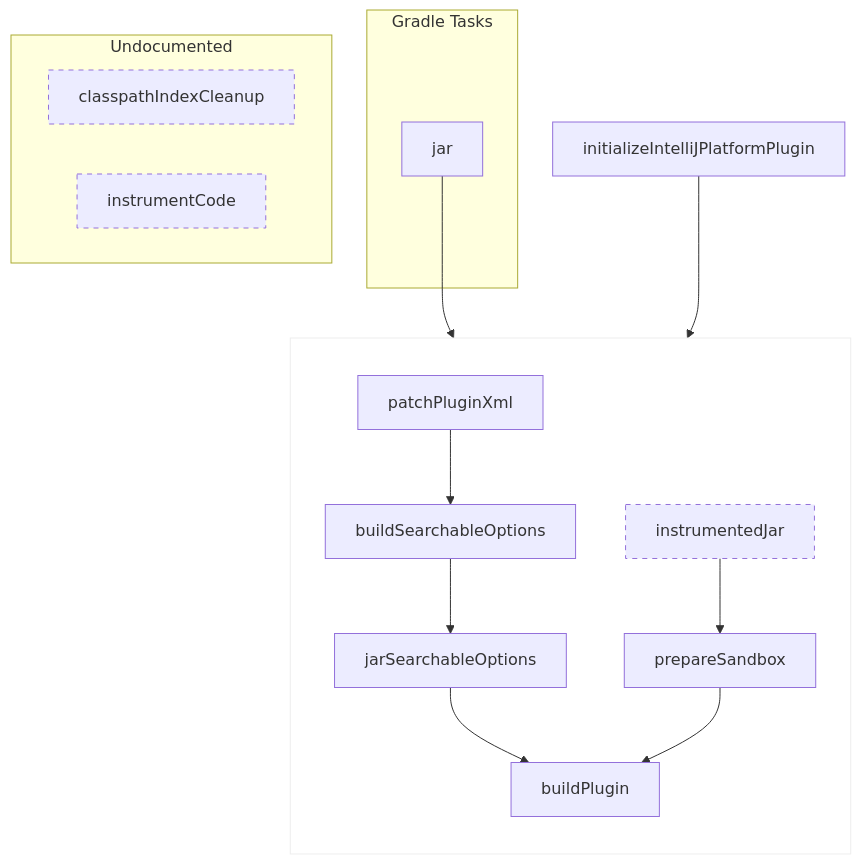
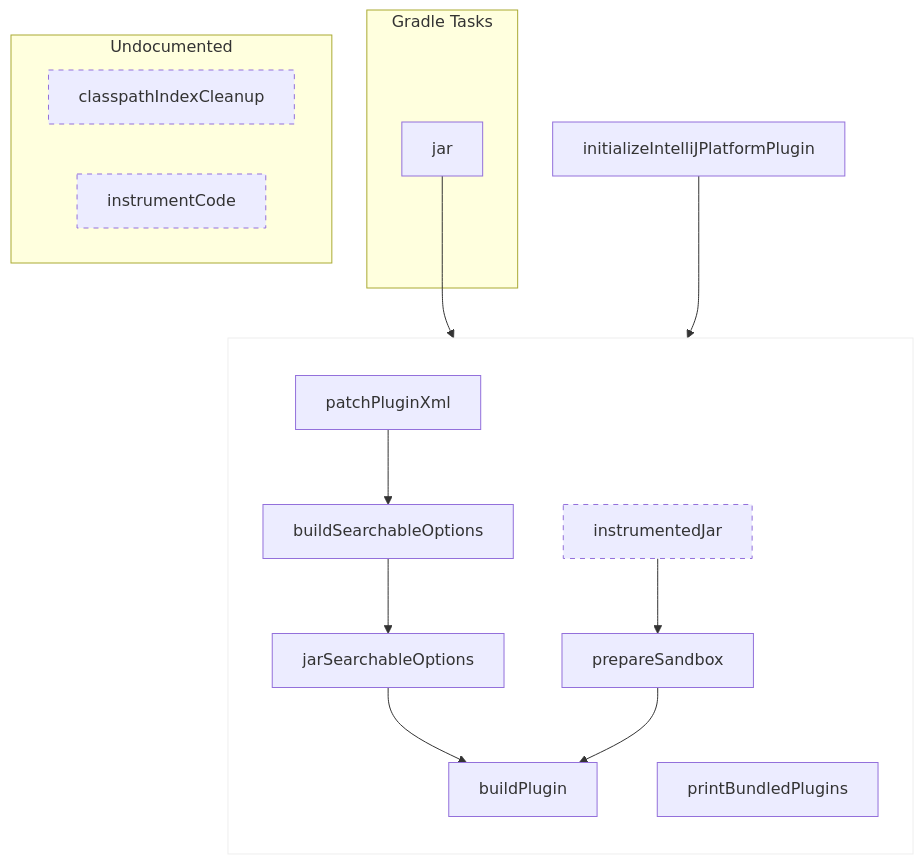
Before and after one commit to JetBrains/intellij-sdk-docs: the diagram in topics/appendix/tools/intellij_platform_gradle_plugin/tools_intellij_platform_gradle_plugin_tasks.md, drawn with Mermaid. The commit also changed other lines of this file, not shown here.

Commit message:
IntelliJ Platform Gradle Plugin: `printBundledPlugins` task

````diff
--- a/topics/appendix/tools/intellij_platform_gradle_plugin/tools_intellij_platform_gradle_plugin_tasks.md
+++ b/topics/appendix/tools/intellij_platform_gradle_plugin/tools_intellij_platform_gradle_plugin_tasks.md
@@ -15,45 +15,47 @@
 ```mermaid
 flowchart
     subgraph Gradle Tasks
         jar
     end
 
     subgraph ALL ["` `"]
         direction TB
 
         buildPlugin
         buildSearchableOptions
         jarSearchableOptions
         patchPluginXml
         prepareSandbox
+        printBundledPlugins
 
         jarSearchableOptions & prepareSandbox --> buildPlugin
         patchPluginXml --> buildSearchableOptions
         buildSearchableOptions --> jarSearchableOptions
         jar & instrumentedJar --> prepareSandbox
     end
 
     initializeIntelliJPlatformPlugin --> ALL
 
     subgraph Undocumented
         classpathIndexCleanup
         instrumentCode
         instrumentedJar
     end
 
     click buildPlugin "#buildPlugin"
     click buildSearchableOptions "#buildSearchableOptions"
     click classpathIndexCleanup "#classpathIndexCleanup"
     click initializeIntelliJPlatformPlugin "#initializeIntelliJPlatformPlugin"
     click instrumentCode "#instrumentCode"
     click instrumentedJar "#instrumentedJar"
     click jarSearchableOptions "#jarSearchableOptions"
     click patchPluginXml "#patchPluginXml"
     click prepareSandbox "#prepareSandbox"
+    click printBundledPlugins "#printBundledPlugins"
 
     style classpathIndexCleanup stroke-dasharray: 5 5
     style instrumentCode stroke-dasharray: 5 5
     style instrumentedJar stroke-dasharray: 5 5
 
     style ALL fill:transparent,stroke:#eee
 ```
````
